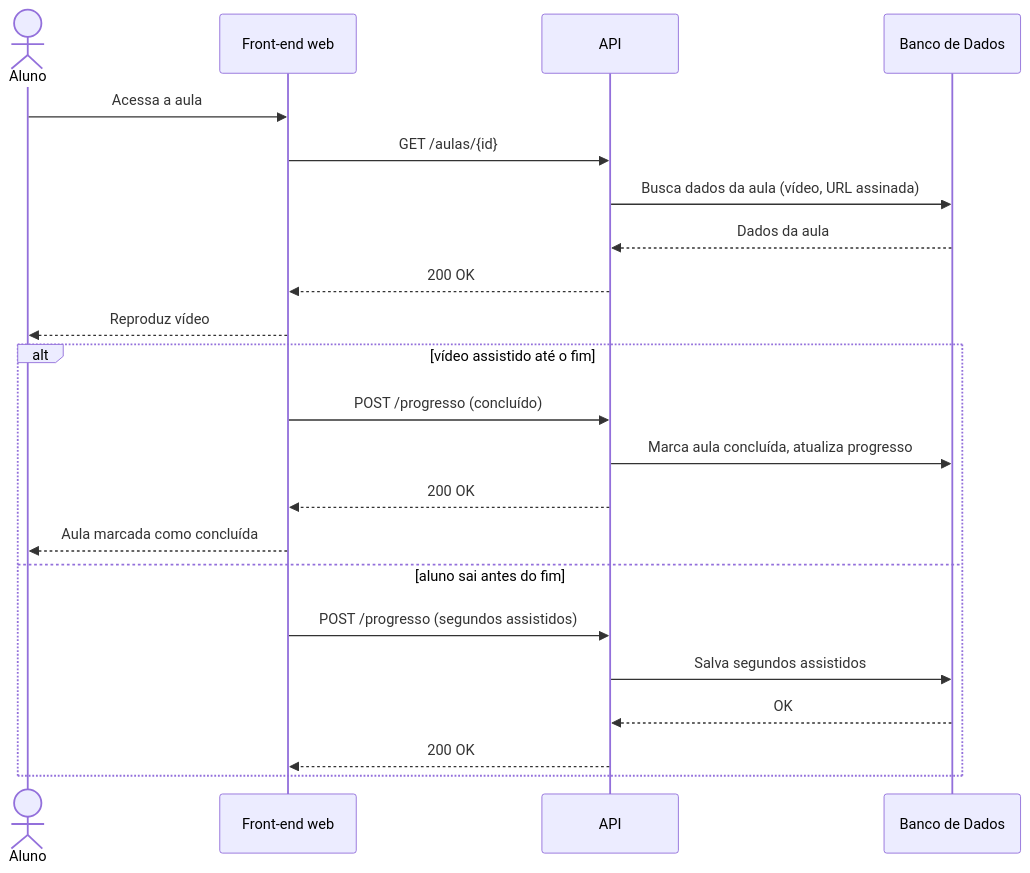
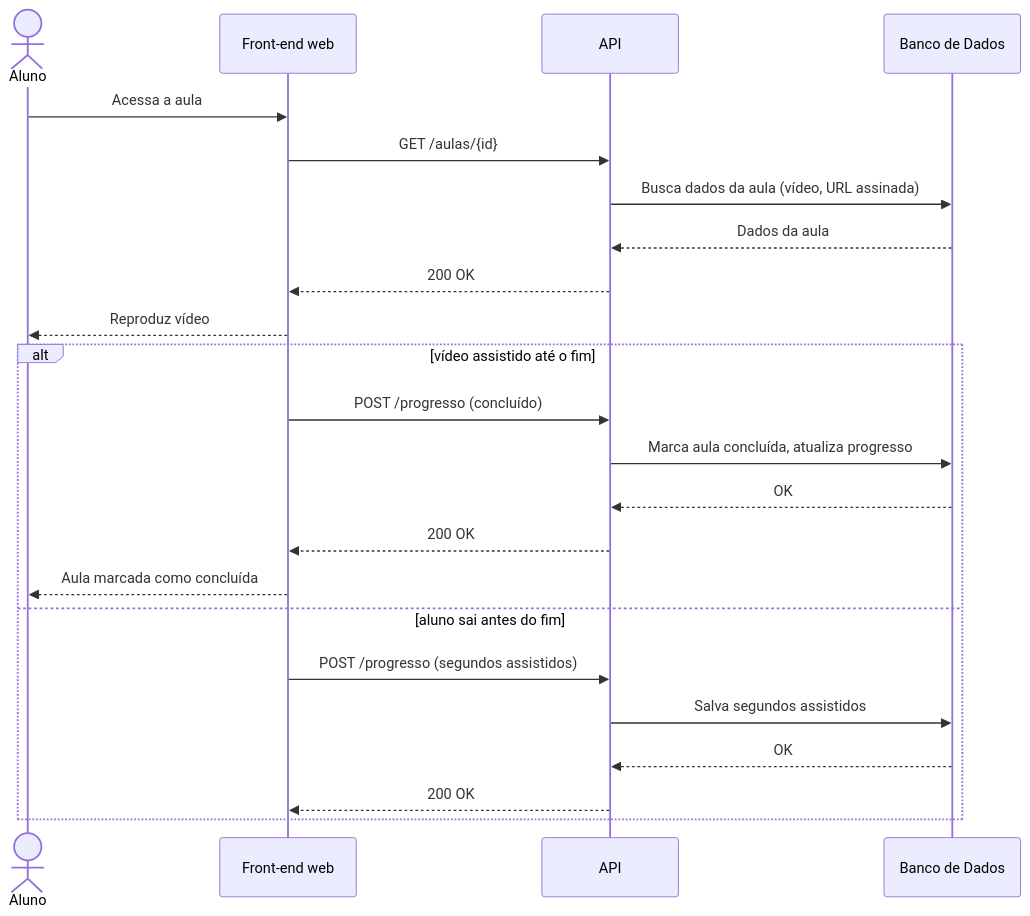
One commit to Plataforma-de-Cursos-TCC/plataforma-cursos-docs changed the diagram in docs/ssd/UC009-assistir-aula.md. Above: the diagram before and after it, drawn with Mermaid. The commit also changed other lines of this file and 12 other files, not shown here.

First line of the commit message:
Reconcile sequence and class diagrams with v11 figures

````diff
--- a/docs/ssd/UC009-assistir-aula.md
+++ b/docs/ssd/UC009-assistir-aula.md
@@ -6,25 +5,26 @@
 ```mermaid
 sequenceDiagram
     actor Aluno
     participant FE as Front-end web
     participant API
     participant DB as Banco de Dados
 
     Aluno->>FE: Acessa a aula
     FE->>API: GET /aulas/{id}
     API->>DB: Busca dados da aula (vídeo, URL assinada)
     DB-->>API: Dados da aula
     API-->>FE: 200 OK
     FE-->>Aluno: Reproduz vídeo
     alt vídeo assistido até o fim
         FE->>API: POST /progresso (concluído)
         API->>DB: Marca aula concluída, atualiza progresso
+        DB-->>API: OK
         API-->>FE: 200 OK
         FE-->>Aluno: Aula marcada como concluída
     else aluno sai antes do fim
         FE->>API: POST /progresso (segundos assistidos)
         API->>DB: Salva segundos assistidos
         DB-->>API: OK
         API-->>FE: 200 OK
     end
 ```
````
